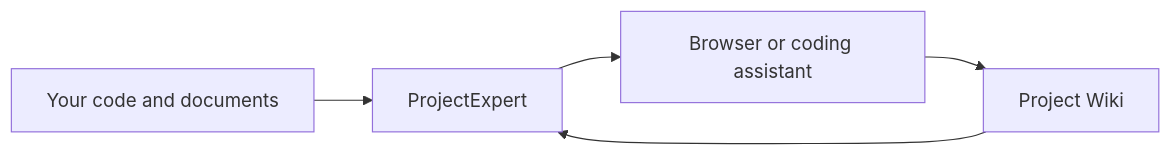
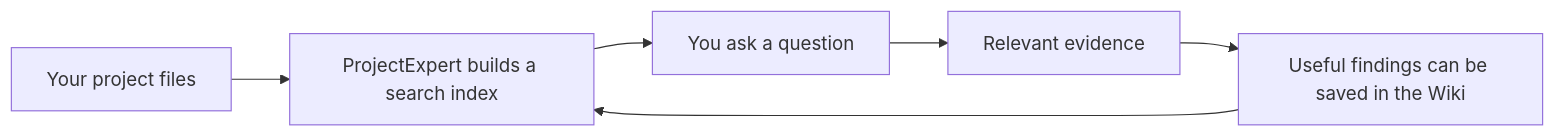
The diagram in README.md (Shkirmantsev/ProjectExpert), drawn with Mermaid before and after one commit. The commit also changed other lines of this file and 9 other files, not shown here.

````diff
--- a/README.md
+++ b/README.md
@@ -11,7 +138,8 @@
 ```mermaid
 flowchart LR
-    P[Your code and documents] --> E[ProjectExpert]
-    E --> U[Browser or coding assistant]
-    U --> W[Project Wiki]
-    W --> E
+    A[Your project files] --> B[ProjectExpert builds a search index]
+    B --> C[You ask a question]
+    C --> D[Relevant evidence]
+    D --> E[Useful findings can be saved in the Wiki]
+    E --> B
 ```
````
